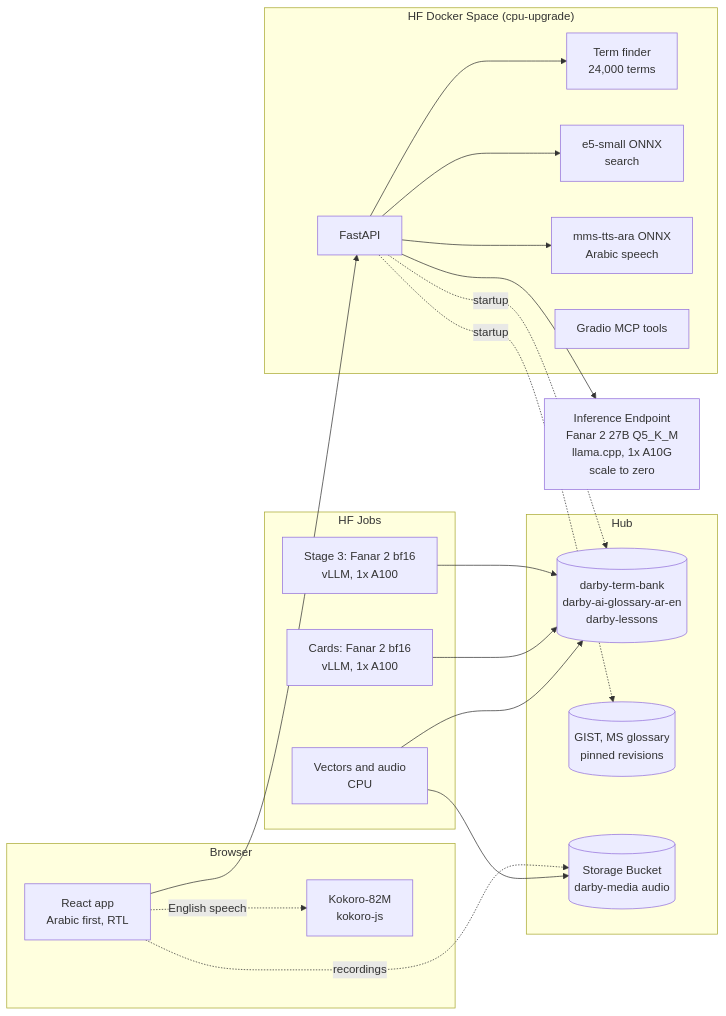
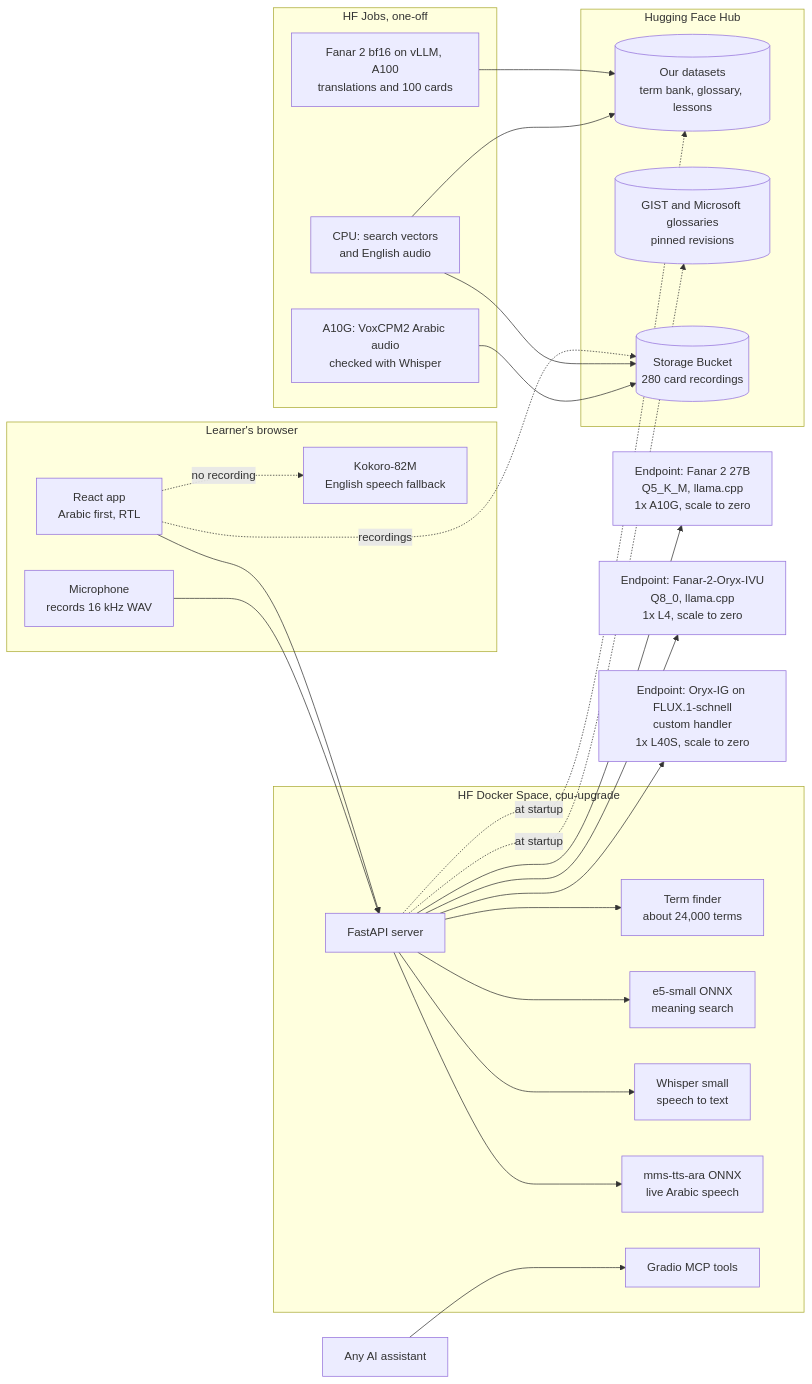
One commit to AshrafZohdi/arabize-hf changed the diagram in README.md. Above: the diagram before and after it, drawn with Mermaid. The commit also changed other lines of this file and 1 other file, not shown here.

Commit message:
docs: README and budget match the app as it is now
Updated architecture diagram, voice, speech to text, photo and image features, Hugging Face products, spend estimate and limits.

````diff
--- a/README.md
+++ b/README.md
@@ -63,33 +67,41 @@
 ```mermaid
 flowchart LR
-  subgraph Browser
+  subgraph Browser["Learner's browser"]
     UI[React app<br/>Arabic first, RTL]
-    KJS[Kokoro-82M<br/>kokoro-js]
+    MIC[Microphone<br/>records 16 kHz WAV]
+    KJS[Kokoro-82M<br/>English speech fallback]
   end
-  subgraph Space["HF Docker Space (cpu-upgrade)"]
-    API[FastAPI]
-    TF[Term finder<br/>24,000 terms]
-    E5[e5-small ONNX<br/>search]
-    MMS[mms-tts-ara ONNX<br/>Arabic speech]
+  EXT[Any AI assistant]
+  subgraph Space["HF Docker Space, cpu-upgrade"]
+    API[FastAPI server]
+    TF[Term finder<br/>about 24,000 terms]
+    E5[e5-small ONNX<br/>meaning search]
+    WH[Whisper small<br/>speech to text]
+    MMS[mms-tts-ara ONNX<br/>live Arabic speech]
     MCP[Gradio MCP tools]
   end
-  EP["Inference Endpoint<br/>Fanar 2 27B Q5_K_M<br/>llama.cpp, 1x A10G<br/>scale to zero"]
-  subgraph Hub["Hub"]
-    DS[(darby-term-bank<br/>darby-ai-glossary-ar-en<br/>darby-lessons)]
-    SRC[(GIST, MS glossary<br/>pinned revisions)]
-    BK[(Storage Bucket<br/>darby-media audio)]
+  FAN["Endpoint: Fanar 2 27B<br/>Q5_K_M, llama.cpp<br/>1x A10G, scale to zero"]
+  IVU["Endpoint: Fanar-2-Oryx-IVU<br/>Q8_0, llama.cpp<br/>1x L4, scale to zero"]
+  IG["Endpoint: Oryx-IG on FLUX.1-schnell<br/>custom handler<br/>1x L40S, scale to zero"]
+  subgraph Hub["Hugging Face Hub"]
+    DS[(Our datasets<br/>term bank, glossary, lessons)]
+    SRC[(GIST and Microsoft glossaries<br/>pinned revisions)]
+    BK[(Storage Bucket<br/>280 card recordings)]
   end
-  subgraph Jobs["HF Jobs"]
-    J1[Stage 3: Fanar 2 bf16<br/>vLLM, 1x A100]
-    J2[Cards: Fanar 2 bf16<br/>vLLM, 1x A100]
-    J3[Vectors and audio<br/>CPU]
+  subgraph Jobs["HF Jobs, one-off"]
+    J1[Fanar 2 bf16 on vLLM, A100<br/>translations and 100 cards]
+    J2[CPU: search vectors<br/>and English audio]
+    J3[A10G: VoxCPM2 Arabic audio<br/>checked with Whisper]
   end
   UI --> API
-  UI -.English speech.-> KJS
+  MIC --> API
   UI -.recordings.-> BK
-  API --> EP
-  API --> TF & E5 & MMS
-  API -.startup.-> DS & SRC
-  J1 & J2 --> DS
-  J3 --> DS & BK
+  UI -.no recording.-> KJS
+  EXT --> MCP
+  API --> FAN & IVU & IG
+  API --> TF & E5 & WH & MMS
+  API -.at startup.-> DS & SRC
+  J1 --> DS
+  J2 --> DS & BK
+  J3 --> BK
 ```
````
